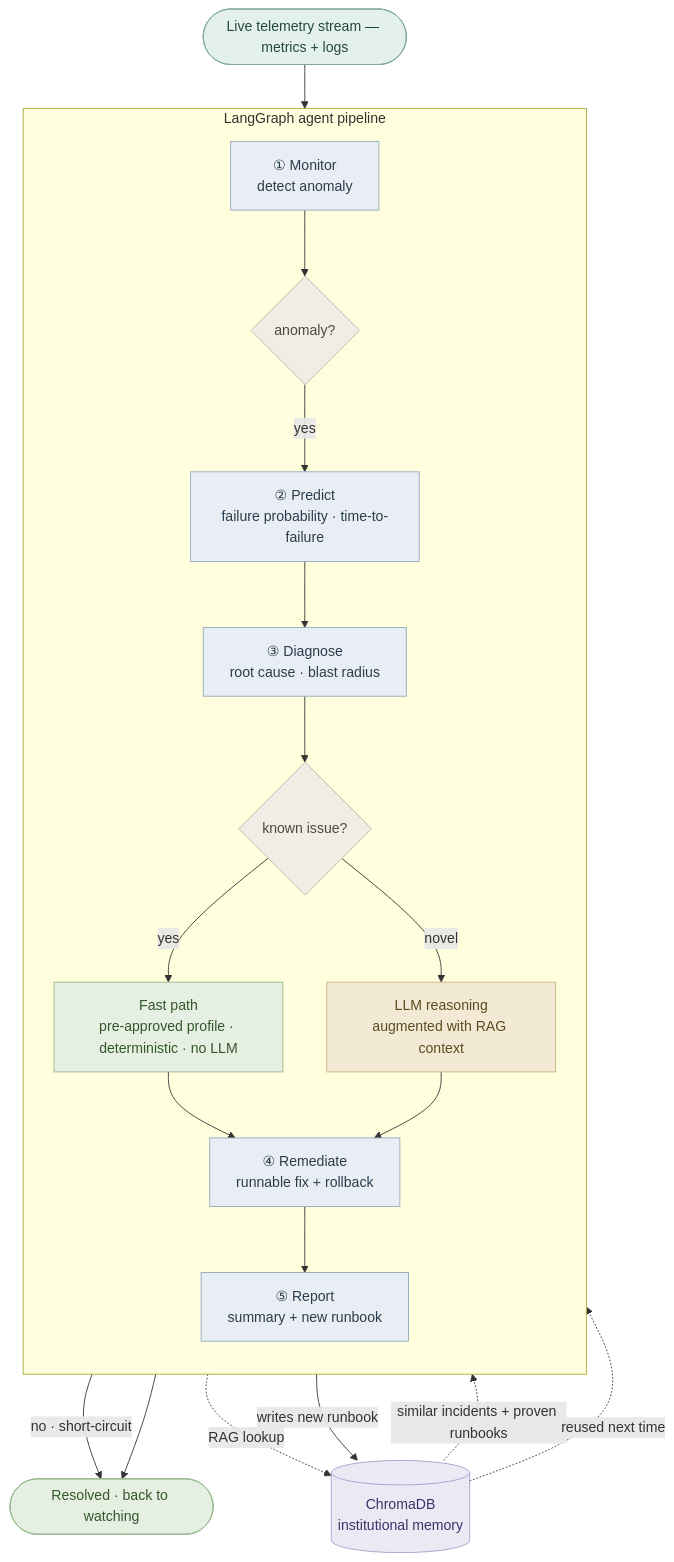
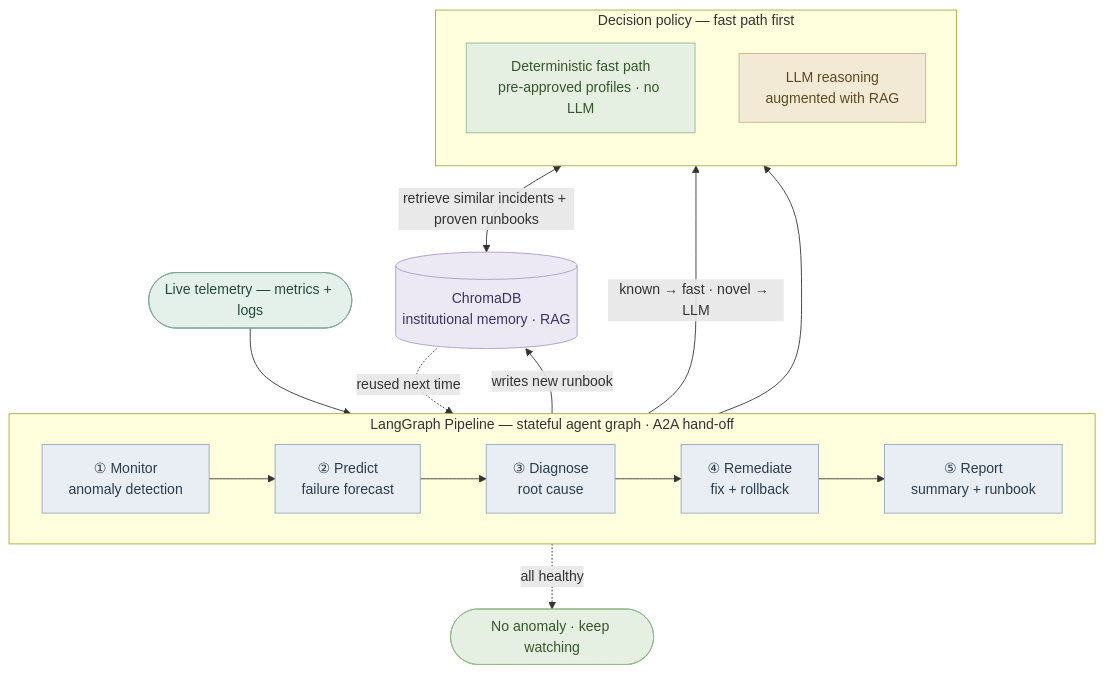
One commit to ShivaSanthoshP/JatayuS5-TankBusters changed the first of 4 diagrams in README.md. Above: the diagram before and after it, drawn with Mermaid. The commit also changed other lines of this file, not shown here.

Commit message:
docs(readme): restyle agents diagram to component view, compact CI/CD diagram
- Rework the Five Autonomous Agents diagram into the same component-block
  style as 'How It All Fits Together': a LangGraph Pipeline block (5 agents,
  A2A hand-off), a Decision policy block (fast path vs LLM+RAG), and the
  ChromaDB memory store, with the RAG retrieve / runbook write-back loop.
- Shrink the CI/CD diagram to a compact single-row flow (push → CI → gate →
  deploy → /health → live) so it no longer requires scrolling.

Both validated against the mermaid v11 parser.

````diff
--- a/README.md
+++ b/README.md
@@ -126,44 +126,36 @@
 ```mermaid
 flowchart TB
-    telemetry(["Live telemetry stream — metrics + logs"]):::mon
-    done(["Resolved · back to watching"]):::ok
-    mem[("ChromaDB<br/>institutional memory")]:::mem
+    telemetry(["Live telemetry — metrics + logs"]):::src
+    idle(["No anomaly · keep watching"]):::ok
+    mem[("ChromaDB<br/>institutional memory · RAG")]:::mem
 
-    subgraph pipeline["LangGraph agent pipeline"]
+    subgraph pipeline["LangGraph Pipeline — stateful agent graph · A2A hand-off"]
+        direction LR
+        mon["① Monitor<br/>anomaly detection"]:::agent
+        pred["② Predict<br/>failure forecast"]:::agent
+        diag["③ Diagnose<br/>root cause"]:::agent
+        rem["④ Remediate<br/>fix + rollback"]:::agent
+        rep["⑤ Report<br/>summary + runbook"]:::agent
+        mon --> pred --> diag --> rem --> rep
+    end
+
+    subgraph reasoning["Decision policy — fast path first"]
         direction TB
-        mon["① Monitor<br/>detect anomaly"]:::agent
-        anomaly{"anomaly?"}:::dec
-        pred["② Predict<br/>failure probability · time-to-failure"]:::agent
-        diag["③ Diagnose<br/>root cause · blast radius"]:::agent
-        route{"known issue?"}:::dec
-        fast["Fast path<br/>pre-approved profile · deterministic · no LLM"]:::ok
-        llmcall["LLM reasoning<br/>augmented with RAG context"]:::llm
-        rem["④ Remediate<br/>runnable fix + rollback"]:::agent
-        rep["⑤ Report<br/>summary + new runbook"]:::agent
-
-        mon --> anomaly
-        anomaly -->|"yes"| pred
-        pred --> diag
-        diag --> route
-        route -->|"yes"| fast
-        route -->|"novel"| llmcall
-        fast --> rem
-        llmcall --> rem
-        rem --> rep
+        fast["Deterministic fast path<br/>pre-approved profiles · no LLM"]:::ok
+        llm["LLM reasoning<br/>augmented with RAG"]:::llm
     end
 
     telemetry --> mon
-    anomaly -->|"no · short-circuit"| done
-    rep --> done
-    diag -.->|"RAG lookup"| mem
-    mem -.->|"similar incidents + proven runbooks"| llmcall
+    mon -.->|"all healthy"| idle
+    diag -->|"known → fast · novel → LLM"| reasoning
+    rem --> reasoning
+    reasoning <-->|"retrieve similar incidents + proven runbooks"| mem
     rep -->|"writes new runbook"| mem
     mem -.->|"reused next time"| mon
 
-    classDef mon fill:#E4F0EA,stroke:#7FA99A,color:#244A40;
+    classDef src fill:#E4F0EA,stroke:#7FA99A,color:#244A40;
     classDef agent fill:#E8EEF4,stroke:#92A8BE,color:#2B3D4D;
-    classDef dec fill:#EFEDE6,stroke:#BCB7A6,color:#4C4A40;
     classDef llm fill:#F3EAD6,stroke:#C9B27D,color:#5E4A1E;
     classDef ok fill:#E6F0E2,stroke:#93B98A,color:#33572B;
     classDef mem fill:#ECE8F4,stroke:#A99CC9,color:#3D3366;
 ```
````
